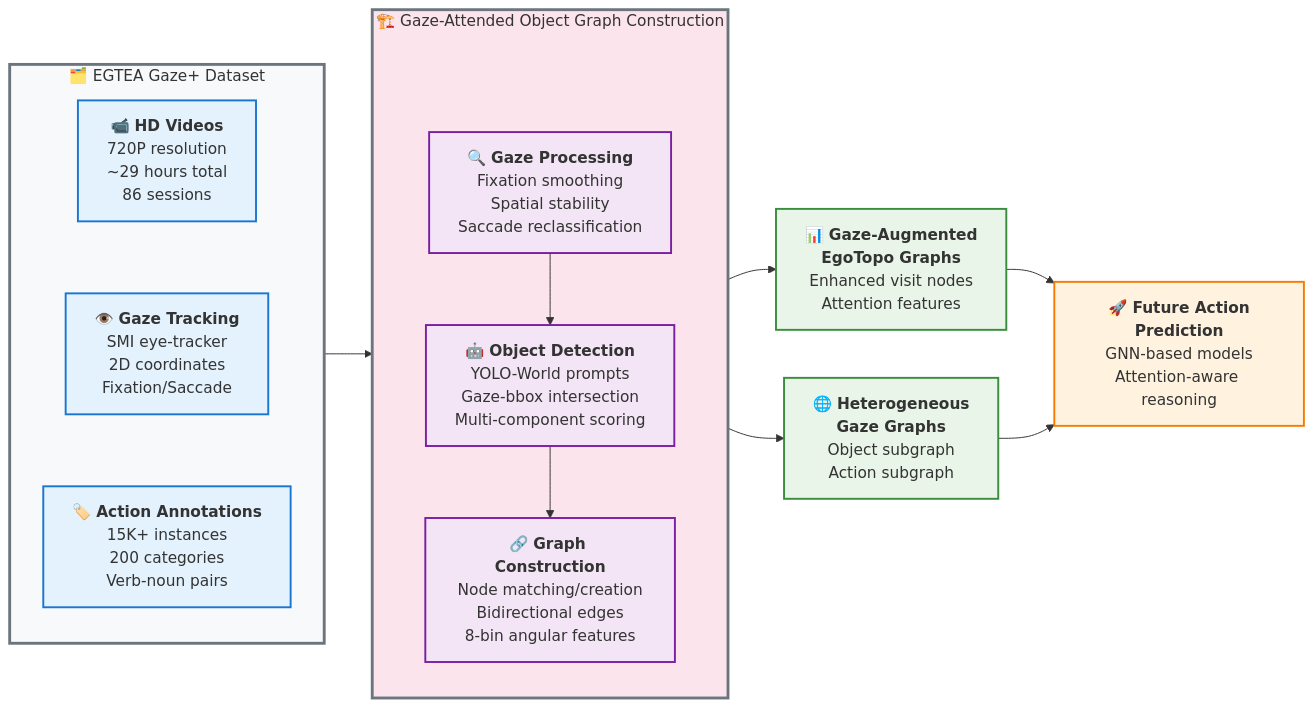
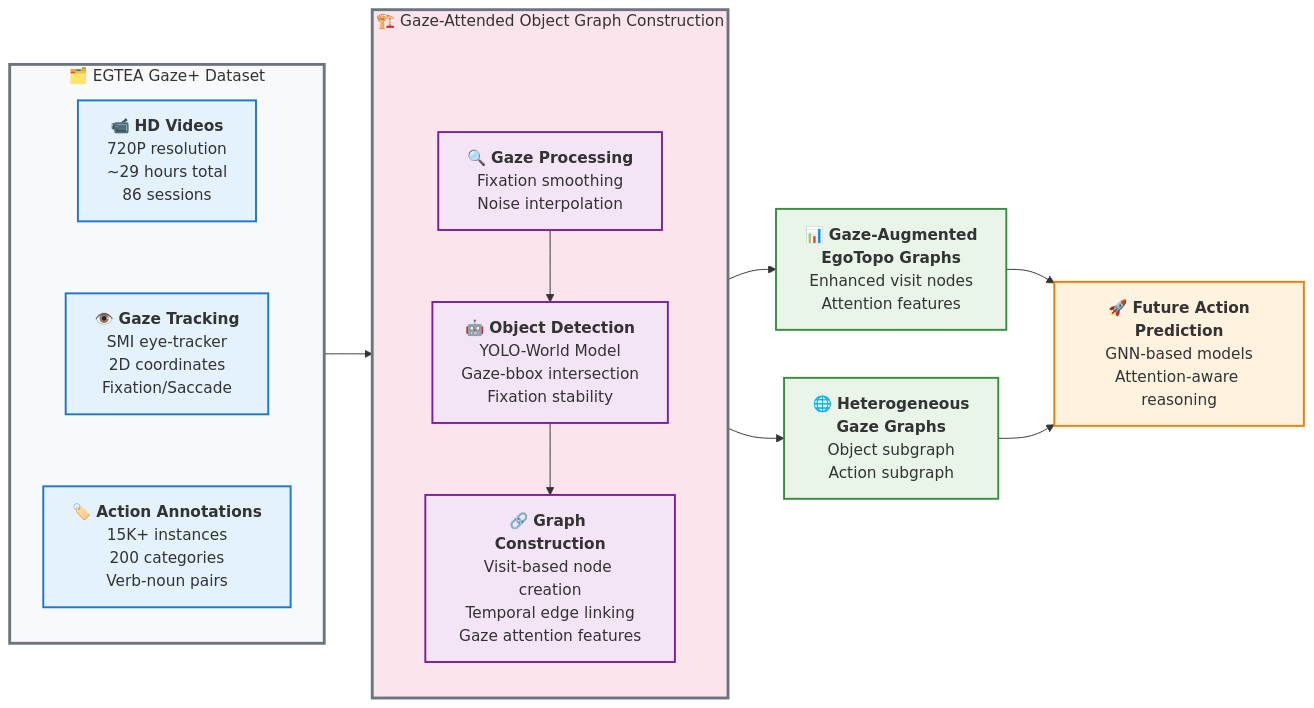
The diagram in figures/graph-construction-overview.md (tavis-siebert/gaze-guided-scene), drawn with Mermaid before and after one commit. The commit also changed other lines of this file, not shown here.

First line of the commit message:
feat(figures): update diagram to match actual implementation

```diff
--- a/figures/graph-construction-overview.md
+++ b/figures/graph-construction-overview.md
@@ -34,18 +34,17 @@
 
         D["`🔍 **Gaze Processing**
         Fixation smoothing
-        Spatial stability
-        Saccade reclassification`"]
+        Noise interpolation`"]
         
         E["`🤖 **Object Detection**
-        YOLO-World prompts
+        YOLO-World Model
         Gaze-bbox intersection
-        Multi-component scoring`"]
+        Fixation stability`"]
         
         F["`🔗 **Graph Construction**
-        Node matching/creation
-        Bidirectional edges
-        8-bin angular features`"]
+        Visit-based node creation
+        Temporal edge linking
+        Gaze attention features`"]
         
         dummy ~~~ D
         D --> E
```
